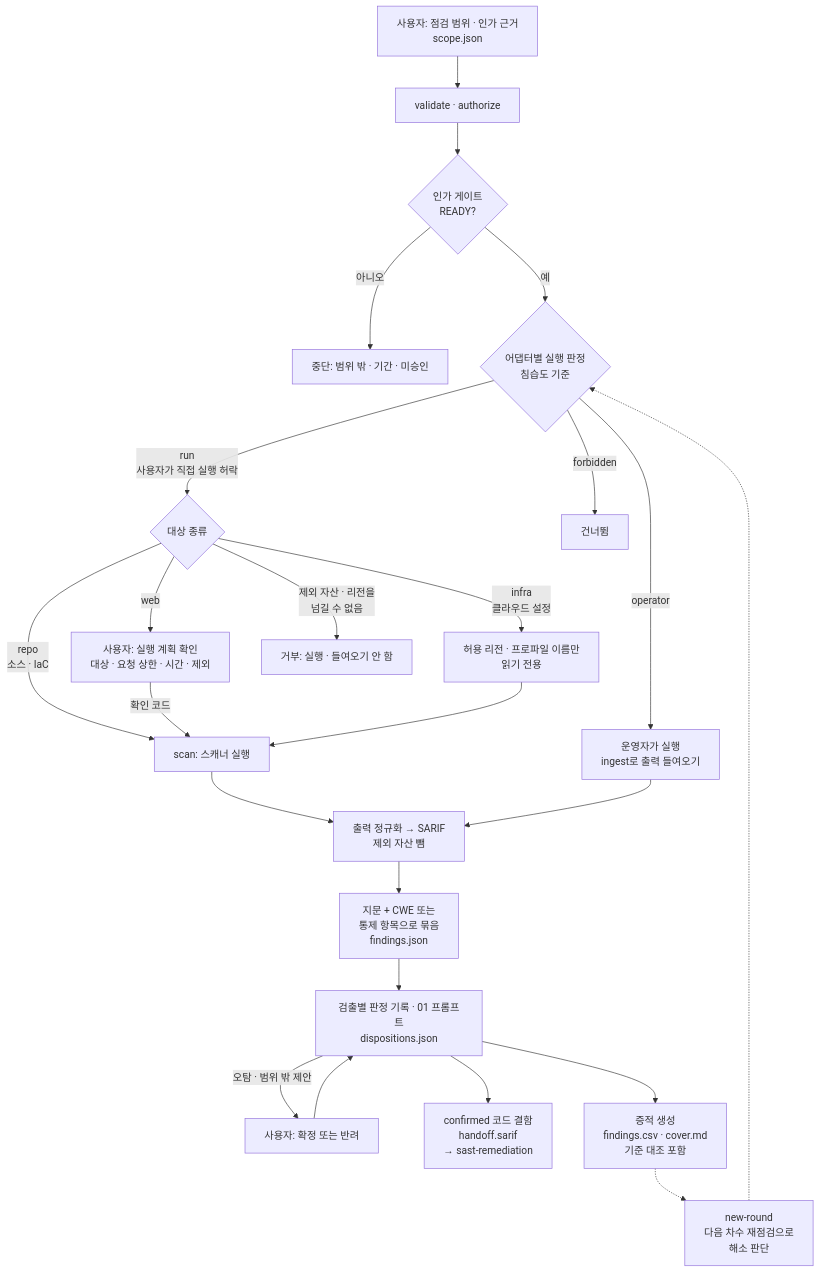
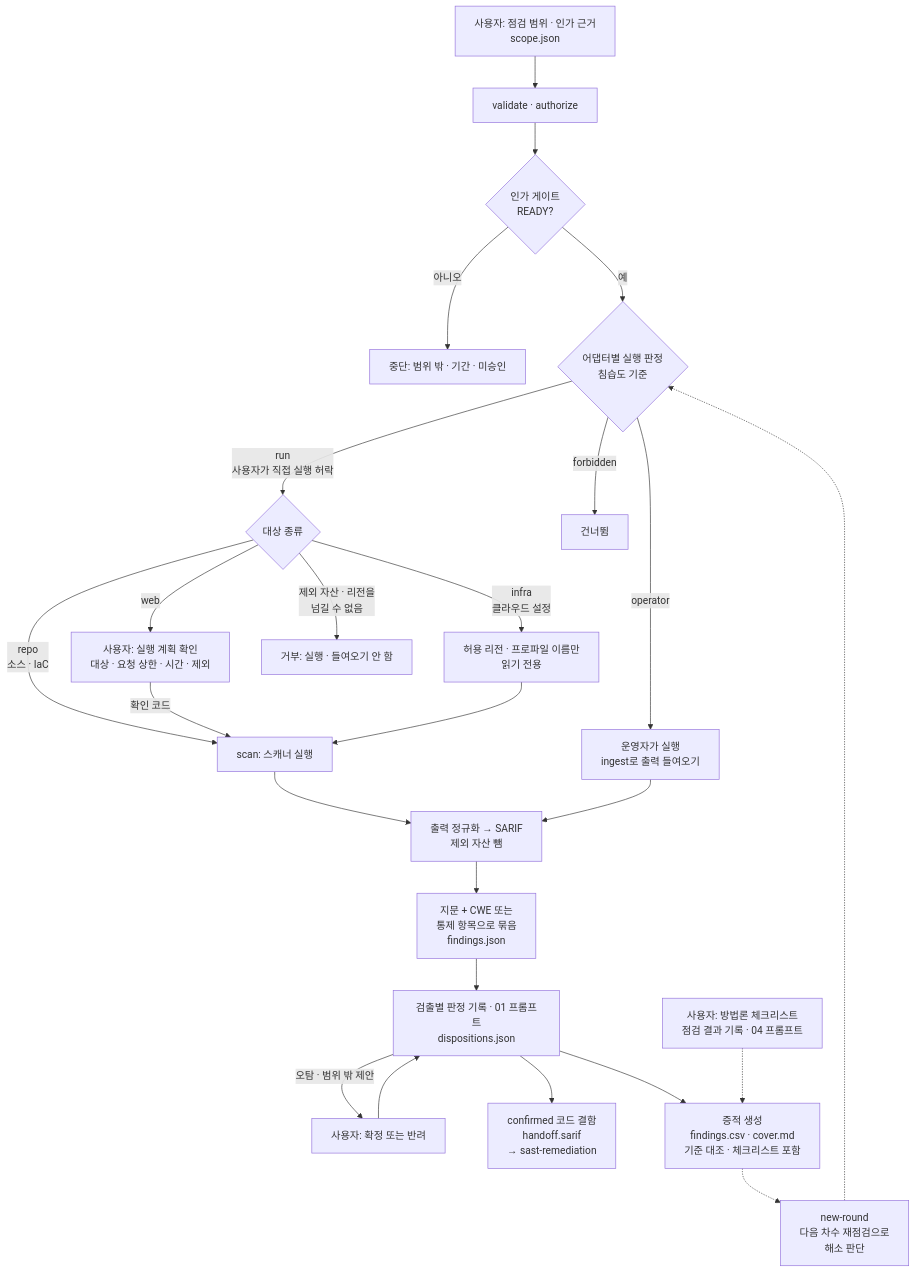
The diagram in skills/security-assessment/toolkit/README.md (seo0tak/agent-skills), drawn with Mermaid before and after one commit. The commit also changed other lines of this file and 33 other files, not shown here.

First line of the commit message:
feat(security-assessment): M5 방법론 체크리스트 — 점검 기록 장부 (0.12.0)

````diff
--- a/skills/security-assessment/toolkit/README.md
+++ b/skills/security-assessment/toolkit/README.md
@@ -16,26 +17,27 @@
 ```mermaid
 flowchart TD
   scope["사용자: 점검 범위 · 인가 근거<br/>scope.json"] --> auth["validate · authorize"]
   auth --> gate{"인가 게이트<br/>READY?"}
   gate -- "아니오" --> stop["중단: 범위 밖 · 기간 · 미승인"]
   gate -- "예" --> decide{"어댑터별 실행 판정<br/>침습도 기준"}
   decide -- "run<br/>사용자가 직접 실행 허락" --> kind{"대상 종류"}
   kind -- "repo<br/>소스 · IaC" --> exec["scan: 스캐너 실행"]
   kind -- "web" --> plan["사용자: 실행 계획 확인<br/>대상 · 요청 상한 · 시간 · 제외"]
   plan -- "확인 코드" --> exec
   kind -- "infra<br/>클라우드 설정" --> cloud["허용 리전 · 프로파일 이름만<br/>읽기 전용"]
   cloud --> exec
   kind -- "제외 자산 · 리전을<br/>넘길 수 없음" --> refuse["거부: 실행 · 들여오기 안 함"]
   decide -- "operator" --> op["운영자가 실행<br/>ingest로 출력 들여오기"]
   decide -- "forbidden" --> skip["건너뜀"]
   exec --> norm["출력 정규화 → SARIF<br/>제외 자산 뺌"]
   op --> norm
   norm --> merge["지문 + CWE 또는<br/>통제 항목으로 묶음<br/>findings.json"]
   merge --> disp["검출별 판정 기록 · 01 프롬프트<br/>dispositions.json"]
   disp -- "오탐 · 범위 밖 제안" --> user["사용자: 확정 또는 반려"]
   user --> disp
   disp --> bridge["confirmed 코드 결함<br/>handoff.sarif<br/>→ sast-remediation"]
-  disp --> ev["증적 생성<br/>findings.csv · cover.md<br/>기준 대조 포함"]
+  disp --> ev["증적 생성<br/>findings.csv · cover.md<br/>기준 대조 · 체크리스트 포함"]
+  ck["사용자: 방법론 체크리스트<br/>점검 결과 기록 · 04 프롬프트"] -.-> ev
   ev -.-> round["new-round<br/>다음 차수 재점검으로<br/>해소 판단"]
   round -.-> decide
 ```
````
